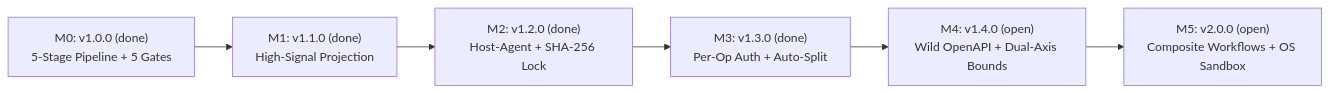
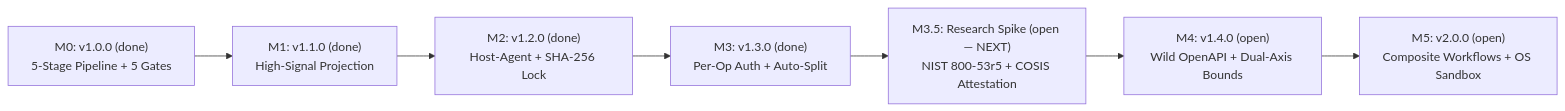
One commit to bsommers/forge changed the diagram in docs/ROADMAP.md. Above: the diagram before and after it, drawn with Mermaid. The commit also changed other lines of this file and 3 other files, not shown here.

Commit message:
docs(roadmap): add M3.5 Research Spike milestone for NIST SP 800-53r5 & COSIS control attestation

````diff
--- a/docs/ROADMAP.md
+++ b/docs/ROADMAP.md
@@ -13,8 +13,9 @@
 ```mermaid
 flowchart LR
     M0["M0: v1.0.0 (done)\n5-Stage Pipeline + 5 Gates"] --> M1["M1: v1.1.0 (done)\nHigh-Signal Projection"]
     M1 --> M2["M2: v1.2.0 (done)\nHost-Agent + SHA-256 Lock"]
     M2 --> M3["M3: v1.3.0 (done)\nPer-Op Auth + Auto-Split"]
-    M3 --> M4["M4: v1.4.0 (open)\nWild OpenAPI + Dual-Axis Bounds"]
+    M3 --> M35["M3.5: Research Spike (open — NEXT)\nNIST 800-53r5 + COSIS Attestation"]
+    M35 --> M4["M4: v1.4.0 (open)\nWild OpenAPI + Dual-Axis Bounds"]
     M4 --> M5["M5: v2.0.0 (open)\nComposite Workflows + OS Sandbox"]
 ```
````
